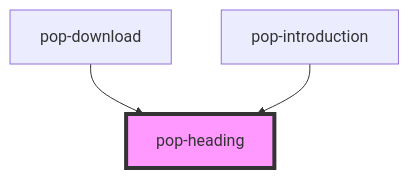
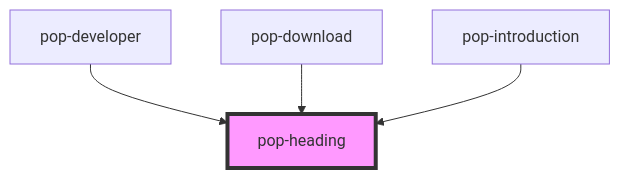
One commit to MysterieDev/stencil-starter-on changed the diagram in src/components/pop-heading/readme.md. Above: the diagram before and after it, drawn with Mermaid. The commit also changed other lines of this file and 10 other files, not shown here.

````diff
--- a/src/components/pop-heading/readme.md
+++ b/src/components/pop-heading/readme.md
@@ -23,6 +24,7 @@
 ```mermaid
 graph TD;
+  pop-developer --> pop-heading
   pop-download --> pop-heading
   pop-introduction --> pop-heading
   style pop-heading fill:#f9f,stroke:#333,stroke-width:4px
 ```
````
